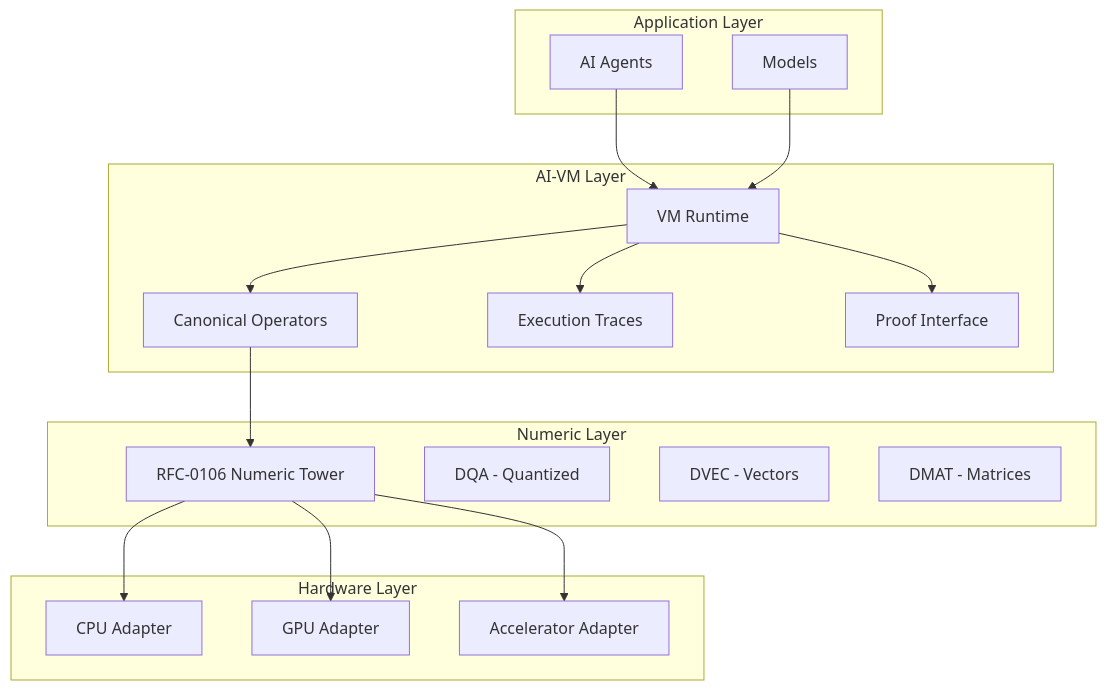
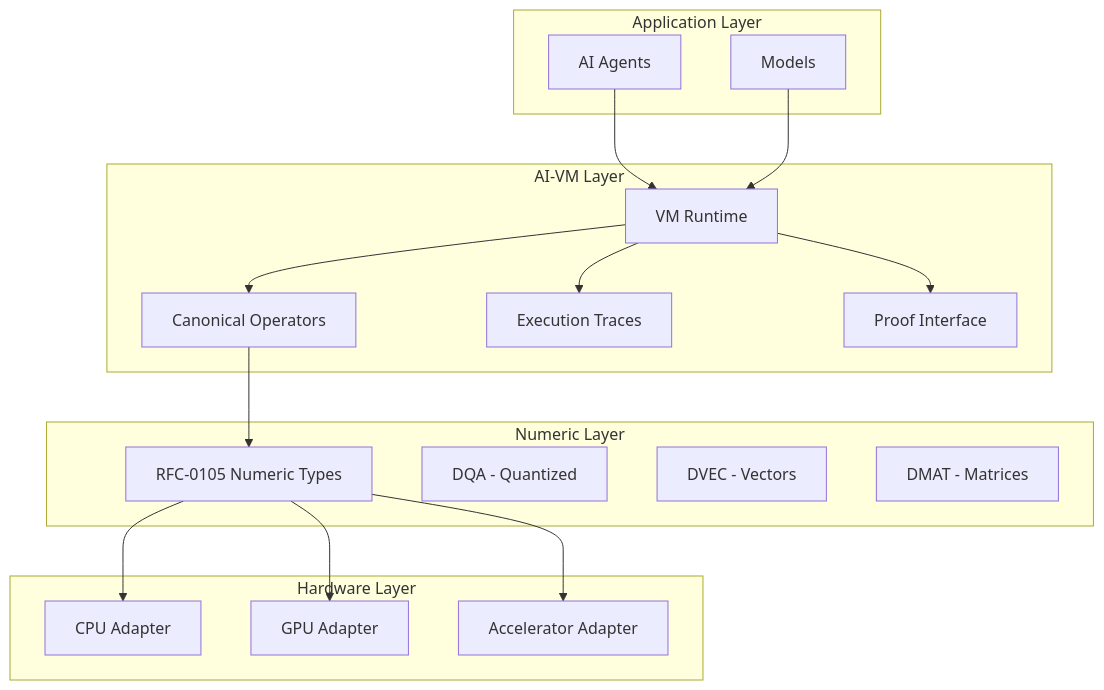
One commit to CipherOcto/cipherocto changed the first of 3 diagrams in rfcs/draft/ai-execution/0520-deterministic-ai-vm.md. Above: the diagram before and after it, drawn with Mermaid. The commit also changed other lines of this file and 3 other files, not shown here.

First line of the commit message:
docs: add RFC-0124 numeric contract to DFP/DQA ecosystem

````diff
--- a/rfcs/draft/ai-execution/0520-deterministic-ai-vm.md
+++ b/rfcs/draft/ai-execution/0520-deterministic-ai-vm.md
@@ -112,37 +114,37 @@
 ```mermaid
 graph TB
     subgraph "Application Layer"
         A[AI Agents]
         M[Models]
     end
 
     subgraph "AI-VM Layer"
         VM[VM Runtime]
         OP[Canonical Operators]
         TR[Execution Traces]
         PR[Proof Interface]
     end
 
     subgraph "Numeric Layer"
-        NT[RFC-0106 Numeric Tower]
+        NT[RFC-0105 Numeric Types]
         DQA[DQA - Quantized]
         DVEC[DVEC - Vectors]
         DMAT[DMAT - Matrices]
     end
 
     subgraph "Hardware Layer"
         CPU[CPU Adapter]
         GPU[GPU Adapter]
         ACC[Accelerator Adapter]
     end
 
     A --> VM
     M --> VM
     VM --> OP
     OP --> NT
     VM --> TR
     VM --> PR
     NT --> CPU
     NT --> GPU
     NT --> ACC
 ```
````
